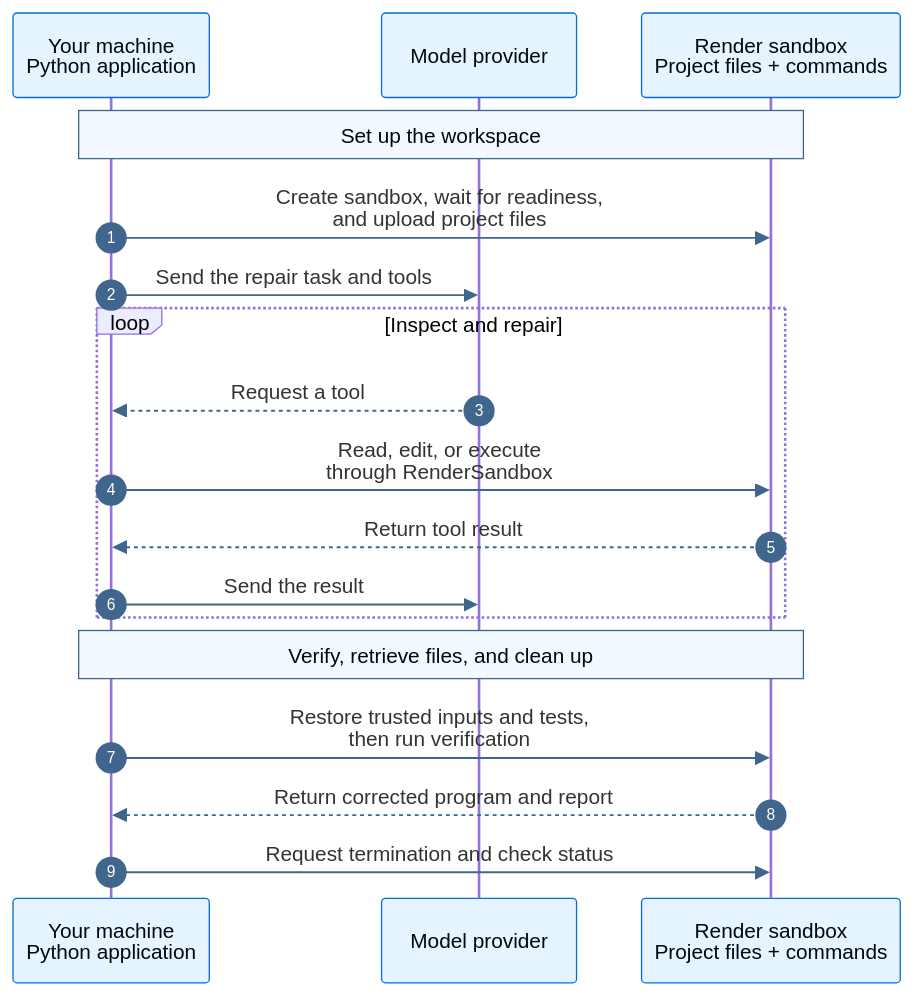
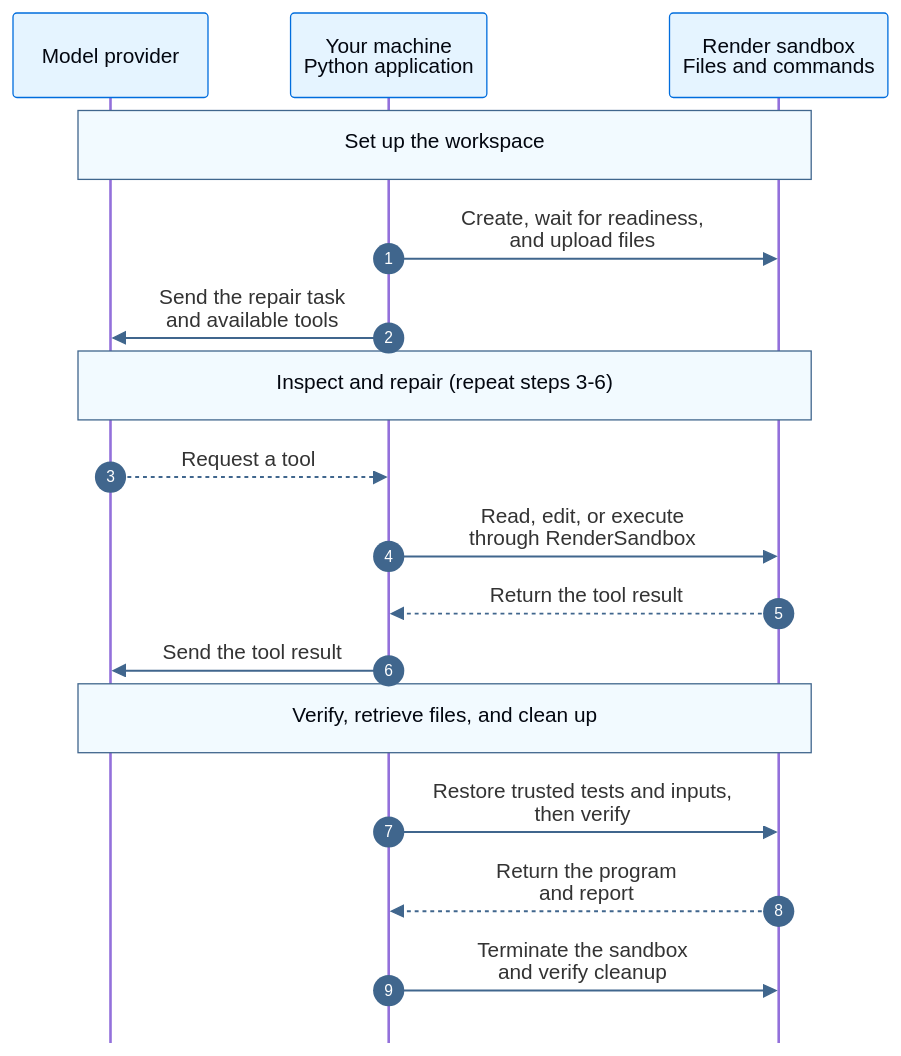
One commit to langchain-ai/docs changed the diagram in src/oss/python/integrations/sandboxes/render.mdx. Above: the diagram before and after it, drawn with Mermaid.

Commit message:
docs: prevent overlap in Render sandbox sequence diagram

````diff
--- a/src/oss/python/integrations/sandboxes/render.mdx
+++ b/src/oss/python/integrations/sandboxes/render.mdx
@@ -21,21 +21,20 @@
 ```mermaid
-%%{init: {"themeVariables": {"lineColor": "#40668D", "primaryColor": "#E5F4FF", "primaryTextColor": "#030710", "primaryBorderColor": "#006DDD", "actorBkg": "#E5F4FF", "actorBorder": "#006DDD", "actorTextColor": "#030710", "signalColor": "#40668D", "noteBkgColor": "#F2FAFF", "noteBorderColor": "#40668D", "noteTextColor": "#030710"}}}%%
+%%{init: {"themeVariables": {"lineColor": "#40668D", "primaryColor": "#E5F4FF", "primaryTextColor": "#030710", "primaryBorderColor": "#006DDD", "actorBkg": "#E5F4FF", "actorBorder": "#006DDD", "actorTextColor": "#030710", "signalColor": "#40668D", "noteBkgColor": "#F2FAFF", "noteBorderColor": "#40668D", "noteTextColor": "#030710"}, "sequence": {"mirrorActors": false, "diagramMarginX": 30, "diagramMarginY": 40, "messageMargin": 40, "noteMargin": 18, "bottomMarginAdj": 60}}}%%
 sequenceDiagram
     autonumber
+    participant Model as Model provider
     participant App as Your machine<br/>Python application
-    participant Model as Model provider
-    participant Sandbox as Render sandbox<br/>Project files + commands
-    Note over App,Sandbox: Set up the workspace
-    App->>Sandbox: Create sandbox, wait for readiness,<br/>and upload project files
-    App->>Model: Send the repair task and tools
-    loop Inspect and repair
-        Model-->>App: Request a tool
-        App->>Sandbox: Read, edit, or execute<br/>through RenderSandbox
-        Sandbox-->>App: Return tool result
-        App->>Model: Send the result
-    end
-    Note over App,Sandbox: Verify, retrieve files, and clean up
-    App->>Sandbox: Restore trusted inputs and tests,<br/>then run verification
-    Sandbox-->>App: Return corrected program and report
-    App->>Sandbox: Request termination and check status
+    participant Sandbox as Render sandbox<br/>Files and commands
+    Note over Model,Sandbox: Set up the workspace
+    App->>Sandbox: Create, wait for readiness,<br/>and upload files
+    App->>Model: Send the repair task<br/>and available tools
+    Note over Model,Sandbox: Inspect and repair (repeat steps 3-6)
+    Model-->>App: Request a tool
+    App->>Sandbox: Read, edit, or execute<br/>through RenderSandbox
+    Sandbox-->>App: Return the tool result
+    App->>Model: Send the tool result
+    Note over Model,Sandbox: Verify, retrieve files, and clean up
+    App->>Sandbox: Restore trusted tests and inputs,<br/>then verify
+    Sandbox-->>App: Return the program<br/>and report
+    App->>Sandbox: Terminate the sandbox<br/>and verify cleanup
 ```
````
